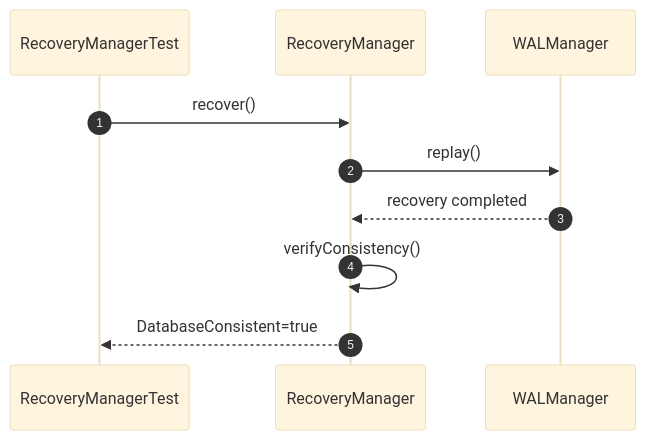
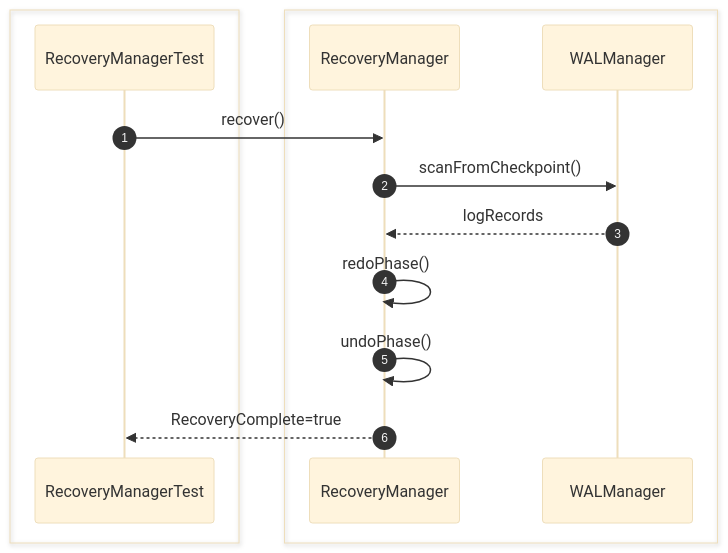
Before and after one commit to Huy1801214/dbms-architecture: diagram 11 of 28 in src/sequence/recovery.md, drawn with Mermaid (base theme). The commit also changed other lines of this file and 10 other files, not shown here.

Commit message:
add comprehensive sequence diagrams and documentation for system architecture and unit testing specifications

````diff
--- a/src/sequence/recovery.md
+++ b/src/sequence/recovery.md
@@ -133,17 +183,19 @@
 ```mermaid
 sequenceDiagram
     autonumber
+
+    box #e1f5fe Test Suite
     participant Test as RecoveryManagerTest
+    end
+    box #ffebee Recovery Components
     participant Recovery as RecoveryManager
     participant WAL as WALManager
+    end
 
     Test->>Recovery: recover()
-
-    Recovery->>WAL: replay()
-
-    WAL-->>Recovery: recovery completed
-
-    Recovery->>Recovery: verifyConsistency()
-
-    Recovery-->>Test: DatabaseConsistent=true
+    Recovery->>WAL: scanFromCheckpoint()
+    WAL-->>Recovery: logRecords
+    Recovery->>Recovery: redoPhase()
+    Recovery->>Recovery: undoPhase()
+    Recovery-->>Test: RecoveryComplete=true
 ```
````
